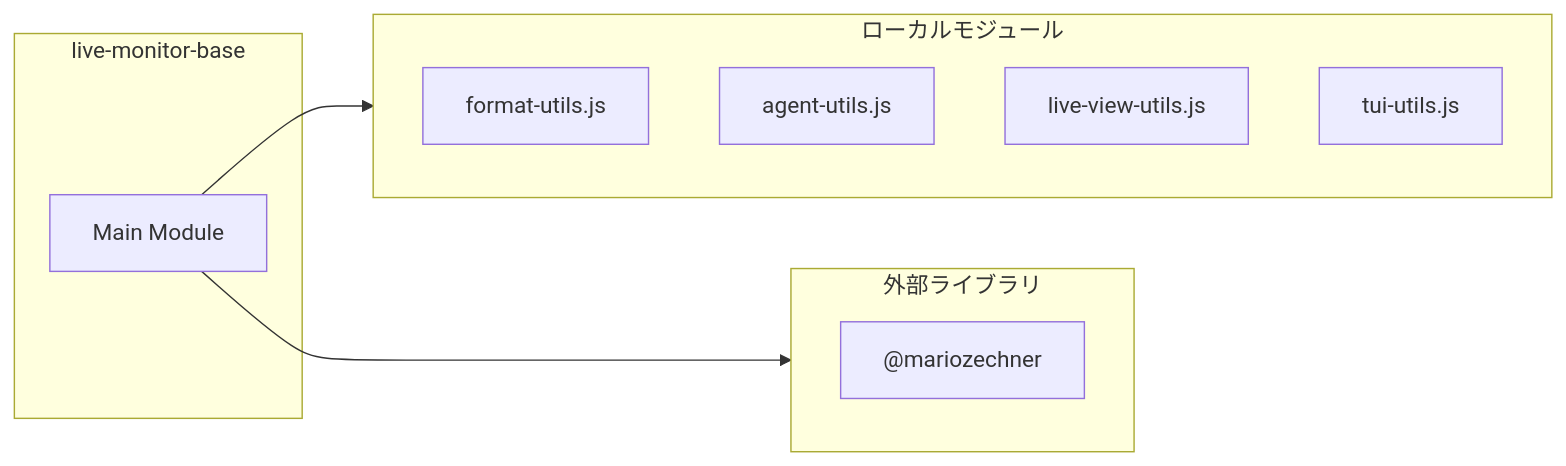
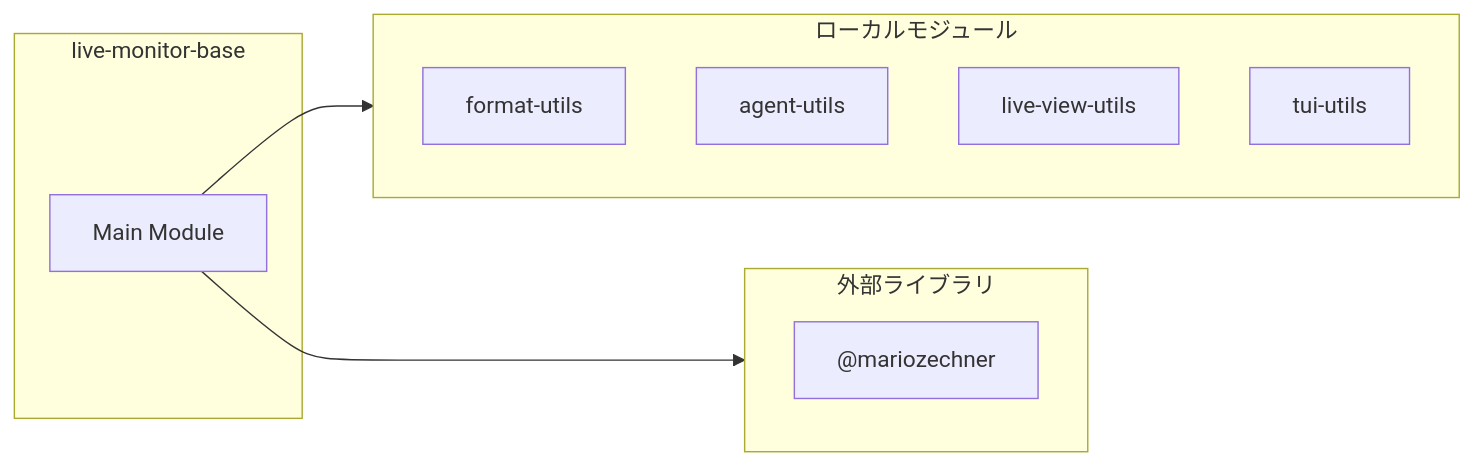
One commit to Mekann2904/mekann changed the second of 4 diagrams in ABDD/.pi/lib/tui/live-monitor-base.md. Above: the diagram before and after it, drawn with Mermaid. The commit also changed other lines of this file and 174 other files, not shown here.

First line of the commit message:
fix(docs): ABDDのMermaid図生成エラーを修正する

````diff
--- a/ABDD/.pi/lib/tui/live-monitor-base.md
+++ b/ABDD/.pi/lib/tui/live-monitor-base.md
@@ -109,17 +109,17 @@
 ```mermaid
 flowchart LR
   subgraph this[live-monitor-base]
     main[Main Module]
   end
   subgraph local[ローカルモジュール]
-    format_utils_js["format-utils.js"]
-    agent_utils_js["agent-utils.js"]
-    live_view_utils_js["live-view-utils.js"]
-    tui_utils_js["tui-utils.js"]
+    format_utils["format-utils"]
+    agent_utils["agent-utils"]
+    live_view_utils["live-view-utils"]
+    tui_utils["tui-utils"]
   end
   main --> local
   subgraph external[外部ライブラリ]
     _mariozechner["@mariozechner"]
   end
   main --> external
 ```
````
